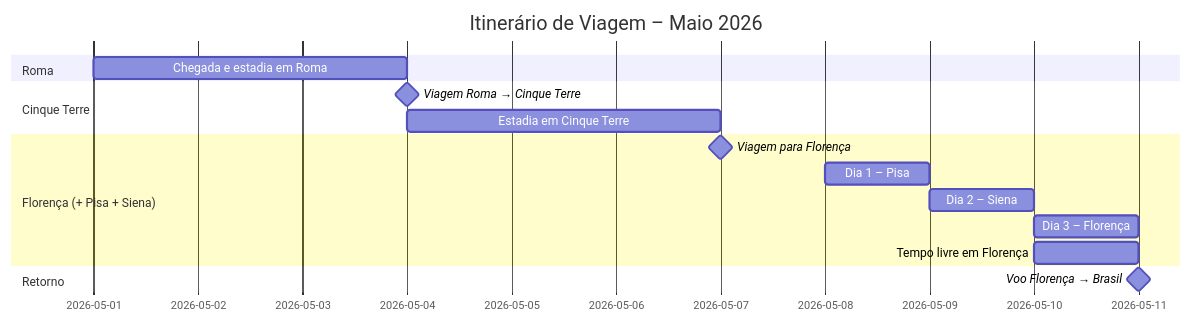
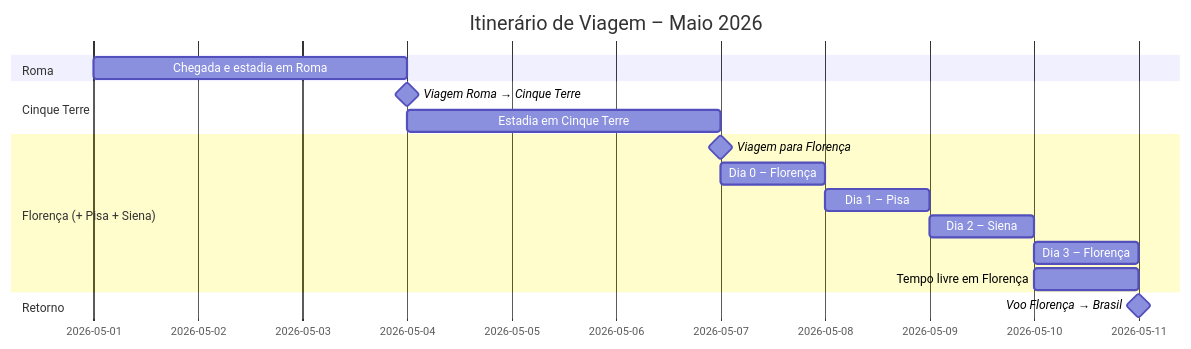
Before and after one commit to paulovcastagnari/planejamento-viagem-2026: the first of 2 diagrams in README.md, drawn with Mermaid.

````diff
--- a/README.md
+++ b/README.md
@@ -21,22 +21,23 @@
 ```mermaid
 gantt
     dateFormat  YYYY-MM-DD
     title Itinerário de Viagem – Maio 2026
 
     section Roma
     Chegada e estadia em Roma     :2026-05-01, 3d
 
     section Cinque Terre
     Viagem Roma → Cinque Terre   :milestone, ct_arrive, 2026-05-04, 0d
     Estadia em Cinque Terre      :2026-05-04, 2.5d
 
     section Florença (+ Pisa + Siena)
     Viagem para Florença         :milestone, fl_arrive, 2026-05-07, 0d
+    Dia 0 – Florença             :2026-05-07, 1d
     Dia 1 – Pisa                 :2026-05-08, 1d
     Dia 2 – Siena                :2026-05-09, 1d
     Dia 3 – Florença             :2026-05-10, 1d
     Tempo livre em Florença      :2026-05-10, 1d
 
     section Retorno
     Voo Florença → Brasil        :milestone, return_bra, 2026-05-11, 0d
 ```
````
